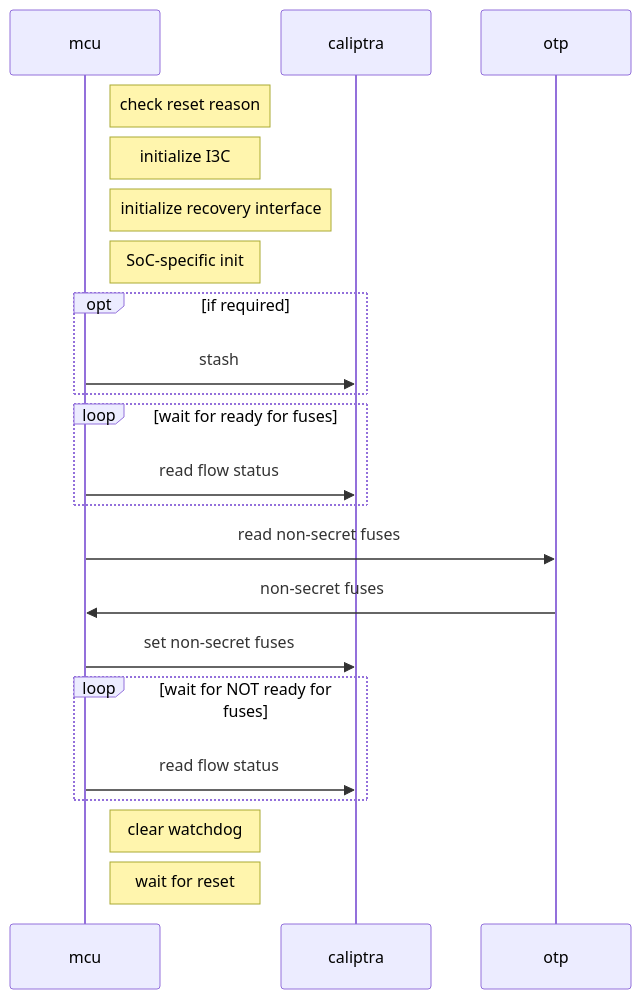
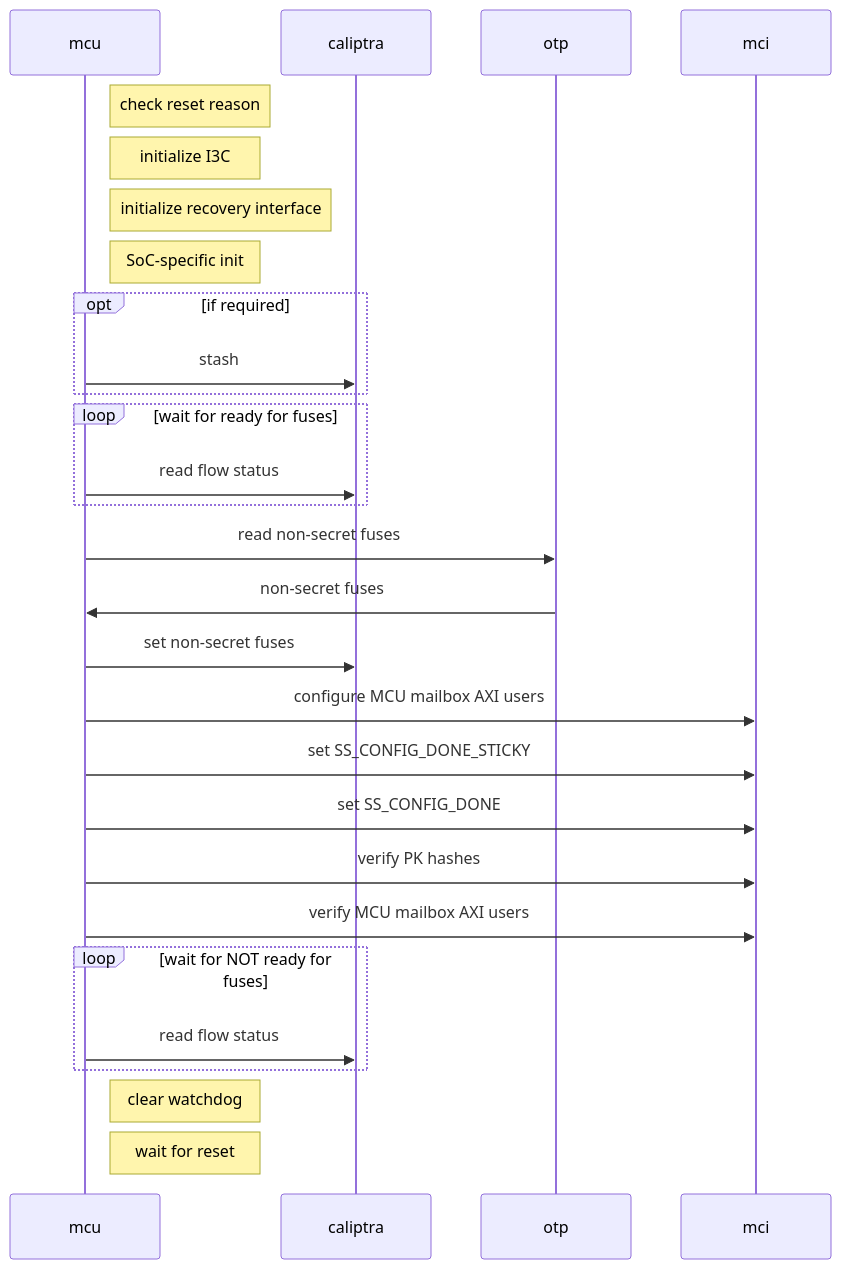
The first of 4 diagrams in docs/src/rom.md (chipsalliance/caliptra-mcu-sw), drawn with Mermaid before and after one commit. The commit also changed other lines of this file and 8 other files, not shown here.

First line of the commit message:
rom: Set ss_config_done_sticky, ss_config_done, prod debug unlock fuses, MCU mailbox users

````diff
--- a/docs/src/rom.md
+++ b/docs/src/rom.md
@@ -52,21 +55,26 @@
 ```mermaid
 sequenceDiagram
     note right of mcu: check reset reason
     note right of mcu: initialize I3C
     note right of mcu: initialize recovery interface
     note right of mcu: SoC-specific init
     opt if required
         mcu->>caliptra: stash
     end
     loop wait for ready for fuses
     mcu->>caliptra: read flow status
     end
     mcu->>otp: read non-secret fuses
     otp->>mcu: non-secret fuses
     mcu->>caliptra: set non-secret fuses
+    mcu->>mci: configure MCU mailbox AXI users
+    mcu->>mci: set SS_CONFIG_DONE_STICKY
+    mcu->>mci: set SS_CONFIG_DONE
+    mcu->>mci: verify PK hashes
+    mcu->>mci: verify MCU mailbox AXI users
     loop wait for NOT ready for fuses
     mcu->>caliptra: read flow status
     end
     note right of mcu: clear watchdog
     note right of mcu: wait for reset
 ```
````
